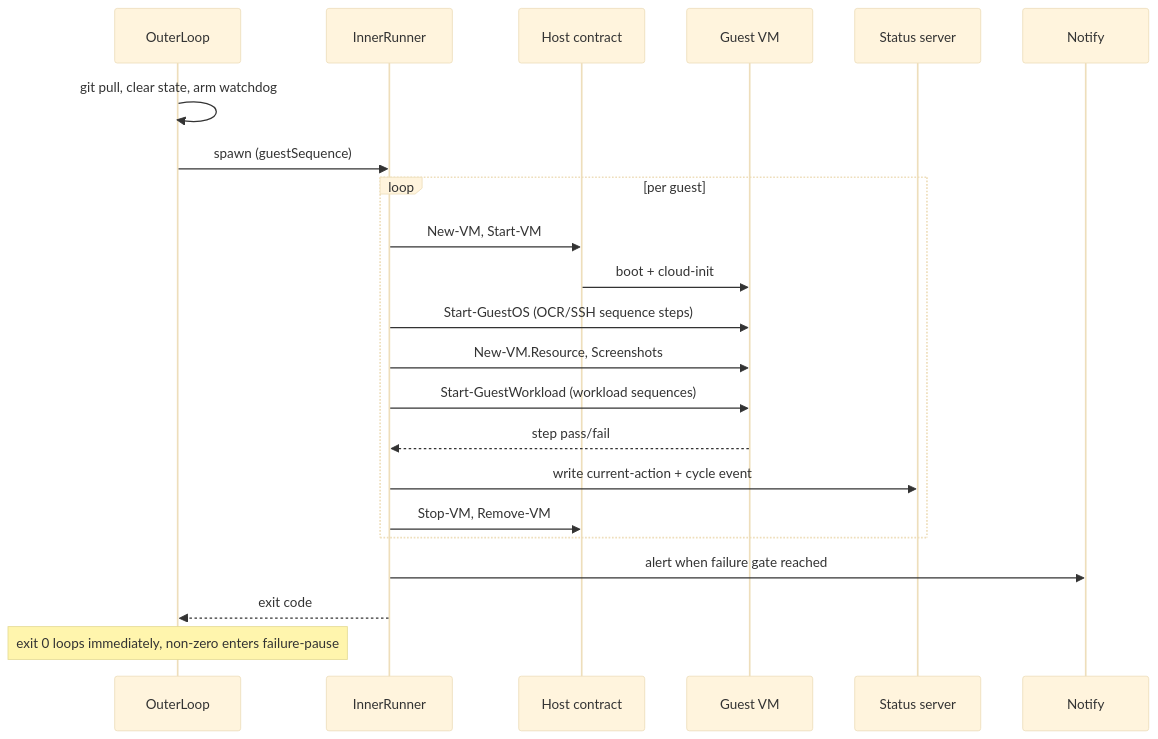
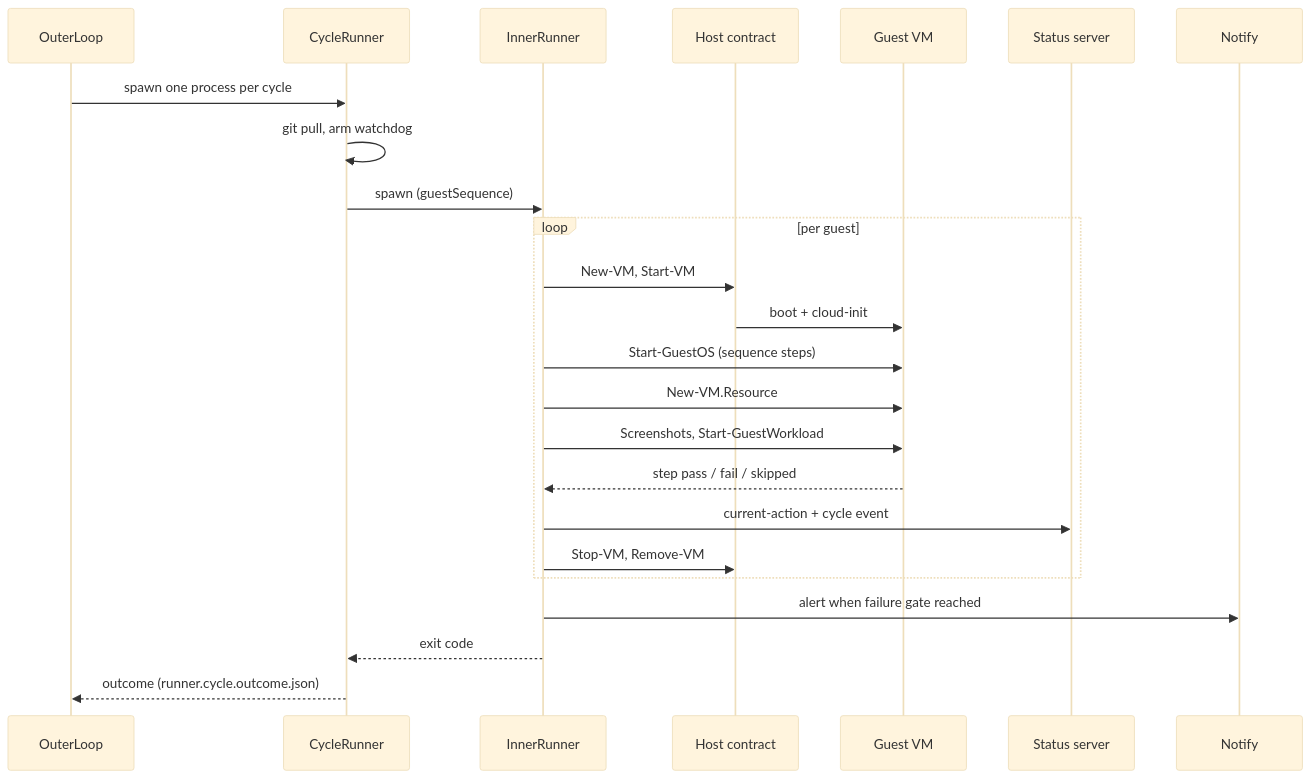
The second of 4 diagrams in docs/design/03-data-flows.md (alissonsol/yuruna), drawn with Mermaid (base theme) before and after one commit. The commit also changed other lines of this file and 536 other files, not shown here.

````diff
--- a/docs/design/03-data-flows.md
+++ b/docs/design/03-data-flows.md
@@ -41,25 +58,27 @@
 ```mermaid
 sequenceDiagram
     participant Outer as OuterLoop
+    participant Cycle as CycleRunner
     participant Inner as InnerRunner
     participant Host as Host contract
     participant Guest as Guest VM
     participant Status as Status server
     participant Notify
 
-    Outer->>Outer: git pull, clear state, arm watchdog
-    Outer->>Inner: spawn (guestSequence)
+    Outer->>Cycle: spawn one process per cycle
+    Cycle->>Cycle: git pull, arm watchdog
+    Cycle->>Inner: spawn (guestSequence)
     loop per guest
         Inner->>Host: New-VM, Start-VM
         Host->>Guest: boot + cloud-init
-        Inner->>Guest: Start-GuestOS (OCR/SSH sequence steps)
-        Inner->>Guest: New-VM.Resource, Screenshots
-        Inner->>Guest: Start-GuestWorkload (workload sequences)
-        Guest-->>Inner: step pass/fail
-        Inner->>Status: write current-action + cycle event
+        Inner->>Guest: Start-GuestOS (sequence steps)
+        Inner->>Guest: New-VM.Resource
+        Inner->>Guest: Screenshots, Start-GuestWorkload
+        Guest-->>Inner: step pass / fail / skipped
+        Inner->>Status: current-action + cycle event
         Inner->>Host: Stop-VM, Remove-VM
     end
     Inner->>Notify: alert when failure gate reached
-    Inner-->>Outer: exit code
-    Note over Outer: exit 0 loops immediately, non-zero enters failure-pause
+    Inner-->>Cycle: exit code
+    Cycle-->>Outer: outcome (runner.cycle.outcome.json)
 ```
````
